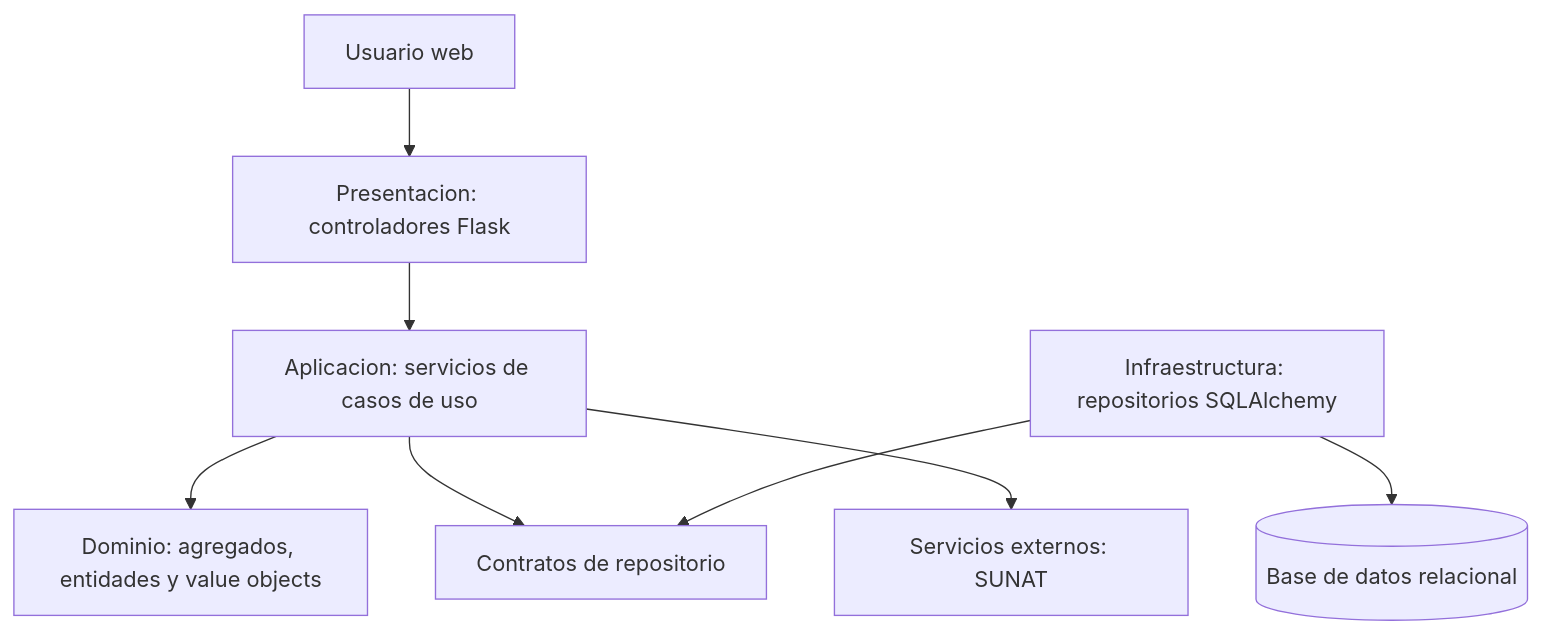
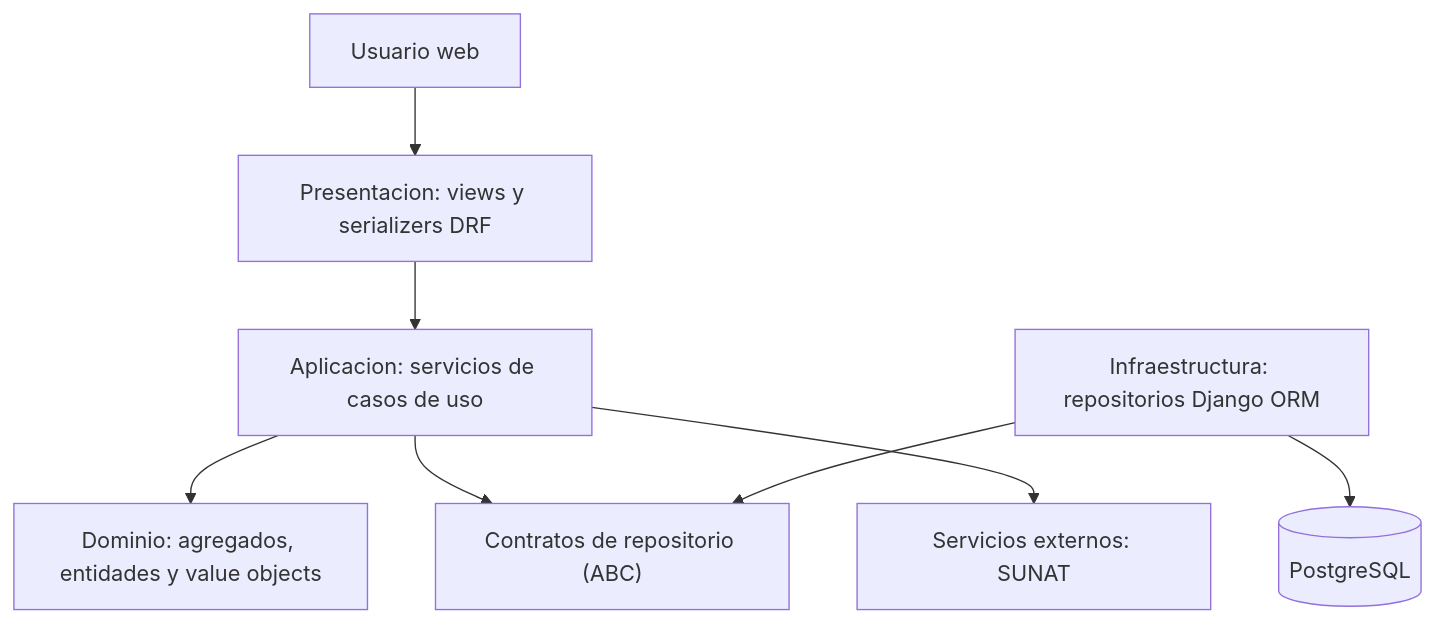
Before and after one commit to javierRock/SoftwareTextil: the diagram in README.md, drawn with Mermaid. The commit also changed other lines of this file, not shown here.

First line of the commit message:
docs: actualizar README a Django + DRF + PostgreSQL

````diff
--- a/README.md
+++ b/README.md
@@ -70,10 +68,10 @@
 ```mermaid
 flowchart TD
-    Web["Usuario web"] --> Controllers["Presentacion: controladores Flask"]
+    Web["Usuario web"] --> Controllers["Presentacion: views y serializers DRF"]
     Controllers --> Services["Aplicacion: servicios de casos de uso"]
     Services --> Domain["Dominio: agregados, entidades y value objects"]
-    Services --> Ports["Contratos de repositorio"]
-    Repositories["Infraestructura: repositorios SQLAlchemy"] --> Ports
-    Repositories --> DB[("Base de datos relacional")]
+    Services --> Ports["Contratos de repositorio (ABC)"]
+    Repositories["Infraestructura: repositorios Django ORM"] --> Ports
+    Repositories --> DB[("PostgreSQL")]
     Services --> External["Servicios externos: SUNAT"]
 ```
````
